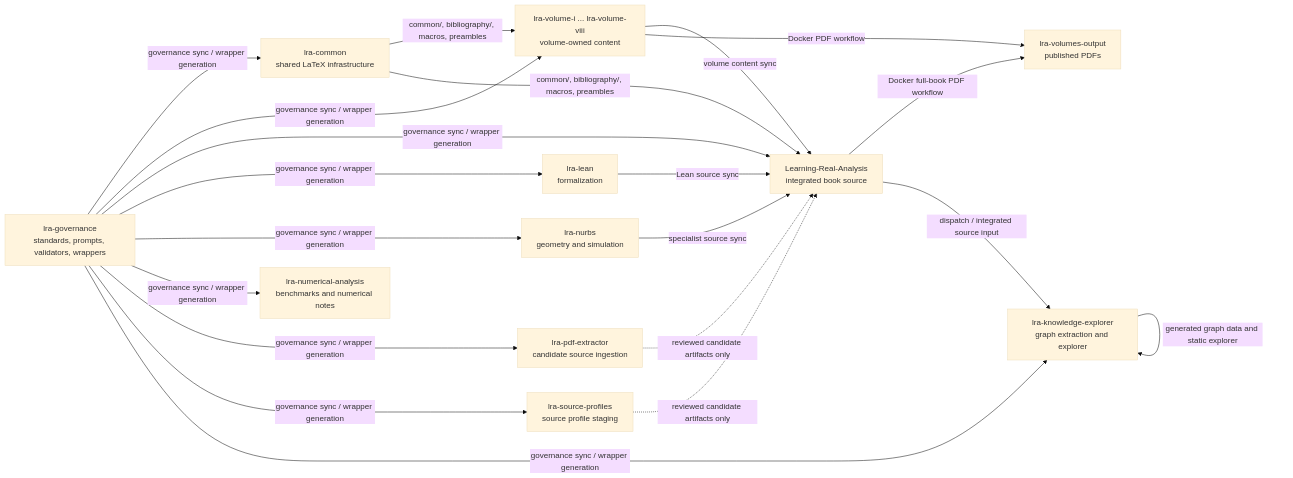
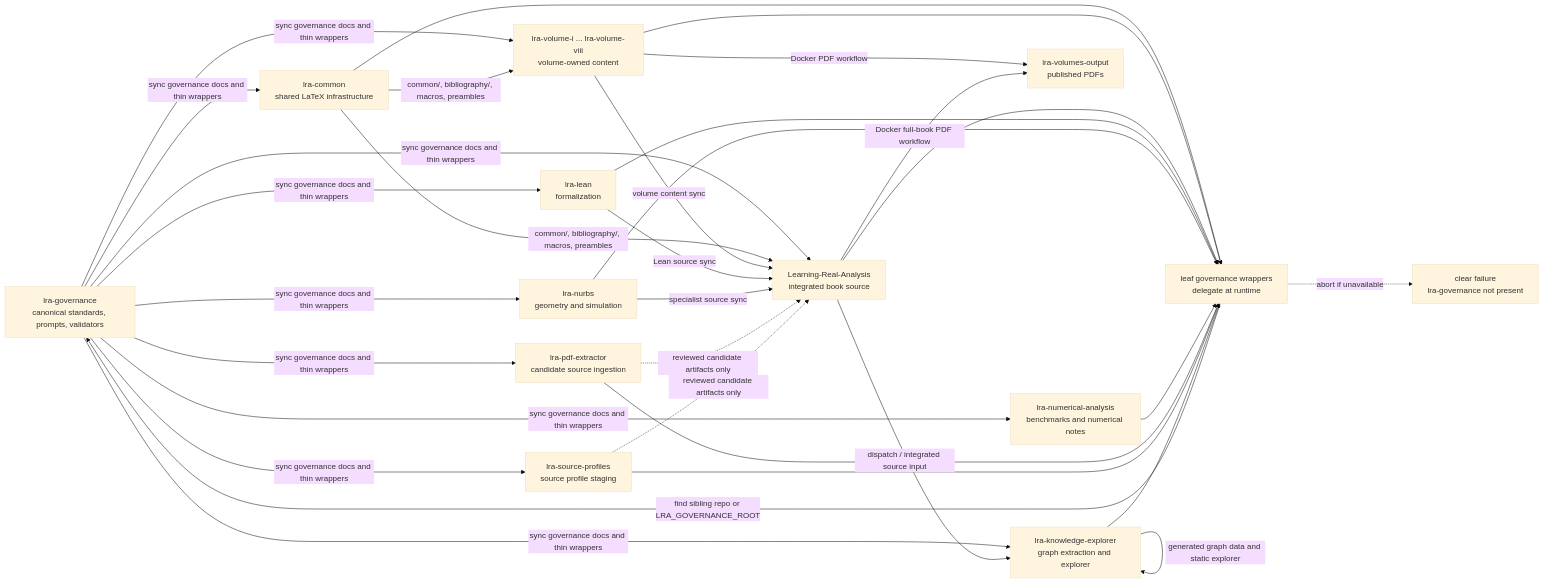
One commit to wsollers/lra-volume-v changed the first of 2 diagrams in docs/architecture/workflow-data-flow.md. Above: the diagram before and after it, drawn with Mermaid (base theme). The commit also changed other lines of this file and 7 other files, not shown here.

Commit message:
chore: sync governance files

````diff
--- a/docs/architecture/workflow-data-flow.md
+++ b/docs/architecture/workflow-data-flow.md
@@ -9,38 +9,52 @@
 ```mermaid
 flowchart LR
-    governance["lra-governance<br/>standards, prompts, validators, wrappers"]
+    governance["lra-governance<br/>canonical standards, prompts, validators"]
+    wrapper["leaf governance wrappers<br/>delegate at runtime"]
+    missing["clear failure<br/>lra-governance not present"]
     common["lra-common<br/>shared LaTeX infrastructure"]
     volumes["lra-volume-i ... lra-volume-viii<br/>volume-owned content"]
     mono["Learning-Real-Analysis<br/>integrated book source"]
     lean["lra-lean<br/>formalization"]
     nurbs["lra-nurbs<br/>geometry and simulation"]
     numerical["lra-numerical-analysis<br/>benchmarks and numerical notes"]
     extractor["lra-pdf-extractor<br/>candidate source ingestion"]
     profiles["lra-source-profiles<br/>source profile staging"]
     explorer["lra-knowledge-explorer<br/>graph extraction and explorer"]
     output["lra-volumes-output<br/>published PDFs"]
 
-    governance -->|"governance sync / wrapper generation"| common
-    governance -->|"governance sync / wrapper generation"| volumes
-    governance -->|"governance sync / wrapper generation"| mono
-    governance -->|"governance sync / wrapper generation"| lean
-    governance -->|"governance sync / wrapper generation"| nurbs
-    governance -->|"governance sync / wrapper generation"| numerical
-    governance -->|"governance sync / wrapper generation"| extractor
-    governance -->|"governance sync / wrapper generation"| profiles
-    governance -->|"governance sync / wrapper generation"| explorer
+    governance -->|"sync governance docs and thin wrappers"| common
+    governance -->|"sync governance docs and thin wrappers"| volumes
+    governance -->|"sync governance docs and thin wrappers"| mono
+    governance -->|"sync governance docs and thin wrappers"| lean
+    governance -->|"sync governance docs and thin wrappers"| nurbs
+    governance -->|"sync governance docs and thin wrappers"| numerical
+    governance -->|"sync governance docs and thin wrappers"| extractor
+    governance -->|"sync governance docs and thin wrappers"| profiles
+    governance -->|"sync governance docs and thin wrappers"| explorer
+
+    common --> wrapper
+    volumes --> wrapper
+    mono --> wrapper
+    lean --> wrapper
+    nurbs --> wrapper
+    numerical --> wrapper
+    extractor --> wrapper
+    profiles --> wrapper
+    explorer --> wrapper
+    wrapper -->|"find sibling repo or LRA_GOVERNANCE_ROOT"| governance
+    wrapper -. abort if unavailable .-> missing
 
     common -->|"common/, bibliography/, macros, preambles"| volumes
     common -->|"common/, bibliography/, macros, preambles"| mono
     volumes -->|"volume content sync"| mono
     lean -->|"Lean source sync"| mono
     nurbs -->|"specialist source sync"| mono
 
     extractor -. reviewed candidate artifacts only .-> mono
     profiles -. reviewed candidate artifacts only .-> mono
 
     volumes -->|"Docker PDF workflow"| output
     mono -->|"Docker full-book PDF workflow"| output
     mono -->|"dispatch / integrated source input"| explorer
     explorer -->|"generated graph data and static explorer"| explorer
 ```
````
